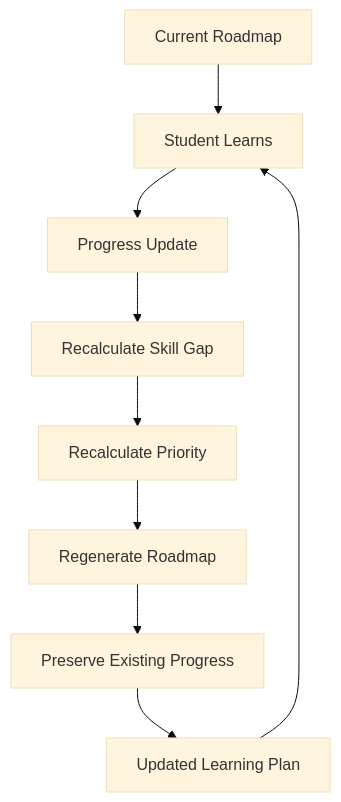
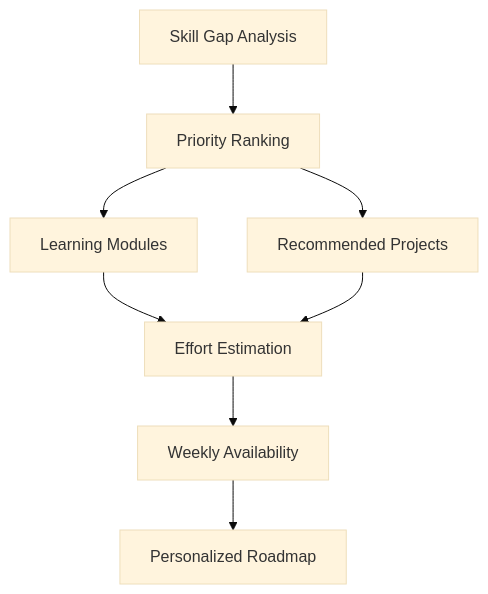
One commit to itsdivyanshuno/gaply-bnb-2026 changed the fourth of 9 diagrams in README.md. Above: the diagram before and after it, drawn with Mermaid (base theme). The commit also changed other lines of this file, not shown here.

````diff
--- a/README.md
+++ b/README.md
@@ -241,11 +213,10 @@
 ```mermaid
 flowchart TD
-    A["Current Roadmap"] --> B["Student Learns"]
-    B --> C["Progress Update"]
-    C --> D["Recalculate Skill Gap"]
-    D --> E["Recalculate Priority"]
-    E --> F["Regenerate Roadmap"]
-    F --> G["Preserve Existing Progress"]
-    G --> H["Updated Learning Plan"]
-    H --> B
+    A["Skill Gap Analysis"] --> B["Priority Ranking"]
+    B --> C["Learning Modules"]
+    B --> D["Recommended Projects"]
+    C --> E["Effort Estimation"]
+    D --> E
+    E --> F["Weekly Availability"]
+    F --> G["Personalized Roadmap"]
 ```
````
